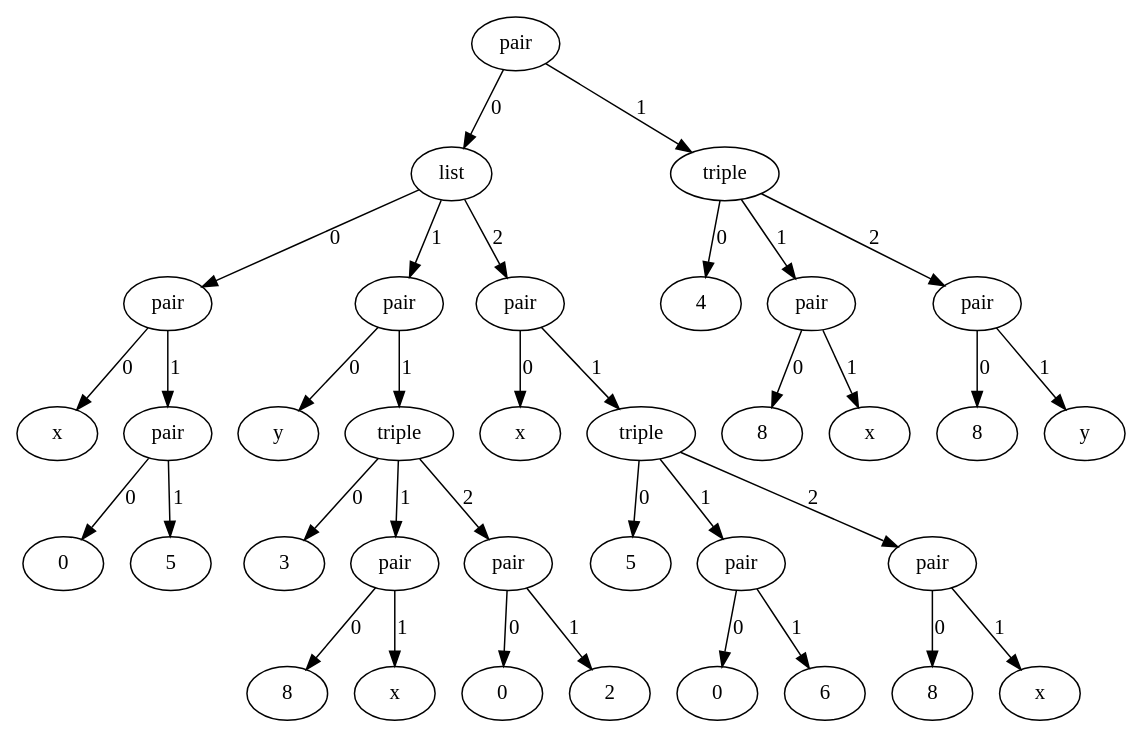
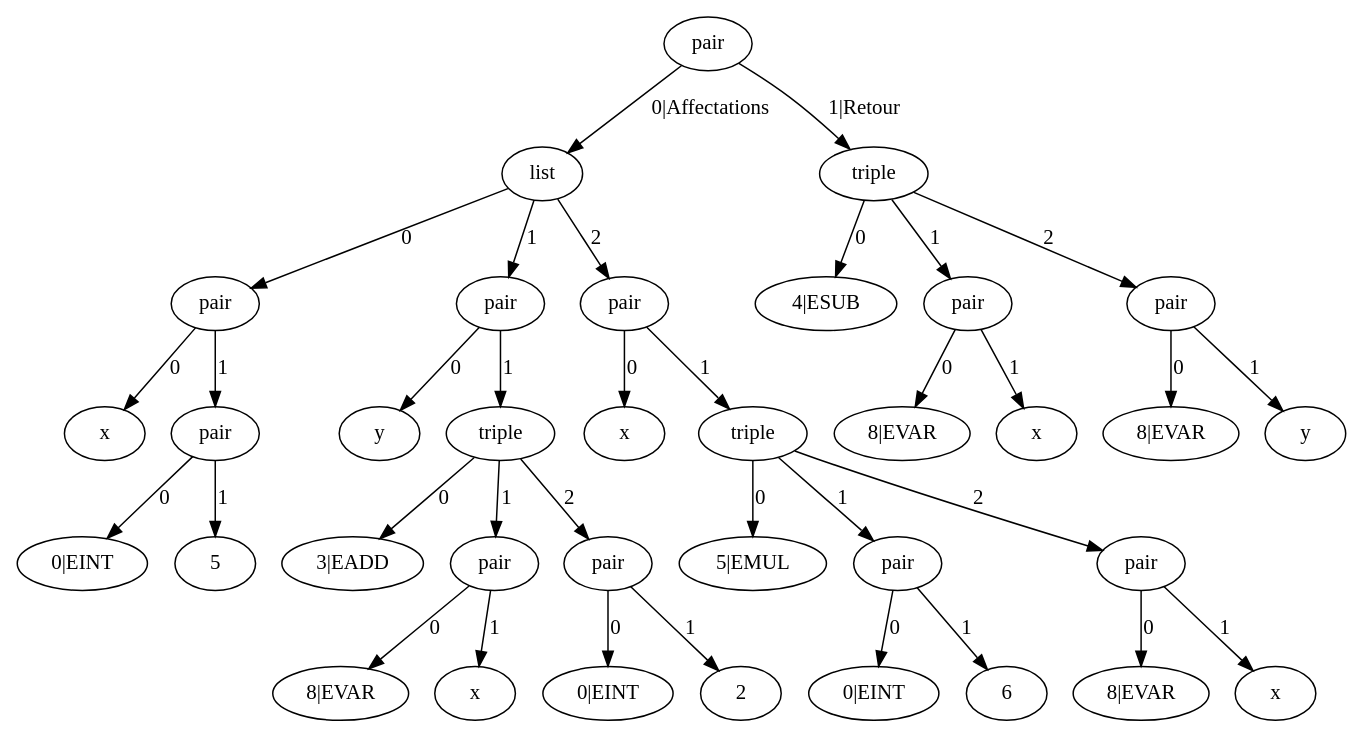
The diagram in compiler/Code/expr/test6.dot (hugoShaka/tl-compilation), drawn with Graphviz before and after one commit. The commit also changed 2 other files, not shown here.

```diff
--- a/compiler/Code/expr/test6.dot
+++ b/compiler/Code/expr/test6.dot
@@ -1,71 +1,71 @@
 digraph G {
 n1 [label="pair"]
 n2 [label="list"]
 n3 [label="pair"]
 n4 [label="x"]
 n3 -> n4 [label="0"]
 n5 [label="pair"]
-n6 [label="0"]
+n6 [label="0|EINT"]
 n5 -> n6 [label="0"]
 n7 [label="5"]
 n5 -> n7 [label="1"]
 n3 -> n5 [label="1"]
 n2 -> n3 [label="0"]
 n8 [label="pair"]
 n9 [label="y"]
 n8 -> n9 [label="0"]
 n10 [label="triple"]
-n11 [label="3"]
+n11 [label="3|EADD"]
 n10 -> n11 [label="0"]
 n12 [label="pair"]
-n13 [label="8"]
+n13 [label="8|EVAR"]
 n12 -> n13 [label="0"]
 n14 [label="x"]
 n12 -> n14 [label="1"]
 n10 -> n12 [label="1"]
 n15 [label="pair"]
-n16 [label="0"]
+n16 [label="0|EINT"]
 n15 -> n16 [label="0"]
 n17 [label="2"]
 n15 -> n17 [label="1"]
 n10 -> n15 [label="2"]
 n8 -> n10 [label="1"]
 n2 -> n8 [label="1"]
 n18 [label="pair"]
 n19 [label="x"]
 n18 -> n19 [label="0"]
 n20 [label="triple"]
-n21 [label="5"]
+n21 [label="5|EMUL"]
 n20 -> n21 [label="0"]
 n22 [label="pair"]
-n23 [label="0"]
+n23 [label="0|EINT"]
 n22 -> n23 [label="0"]
 n24 [label="6"]
 n22 -> n24 [label="1"]
 n20 -> n22 [label="1"]
 n25 [label="pair"]
-n26 [label="8"]
+n26 [label="8|EVAR"]
 n25 -> n26 [label="0"]
 n27 [label="x"]
 n25 -> n27 [label="1"]
 n20 -> n25 [label="2"]
 n18 -> n20 [label="1"]
 n2 -> n18 [label="2"]
-n1 -> n2 [label="0"]
+n1 -> n2 [label="0|Affectations"]
 n28 [label="triple"]
-n29 [label="4"]
+n29 [label="4|ESUB"]
 n28 -> n29 [label="0"]
 n30 [label="pair"]
-n31 [label="8"]
+n31 [label="8|EVAR"]
 n30 -> n31 [label="0"]
 n32 [label="x"]
 n30 -> n32 [label="1"]
 n28 -> n30 [label="1"]
 n33 [label="pair"]
-n34 [label="8"]
+n34 [label="8|EVAR"]
 n33 -> n34 [label="0"]
 n35 [label="y"]
 n33 -> n35 [label="1"]
 n28 -> n33 [label="2"]
-n1 -> n28 [label="1"]
+n1 -> n28 [label="1|Retour"]
 }
```
